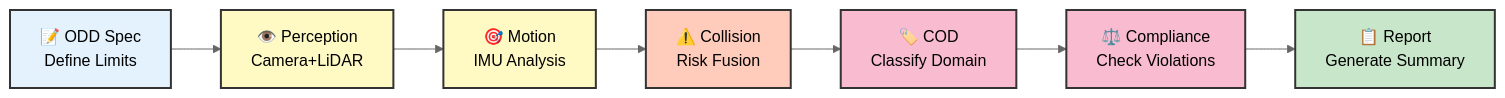
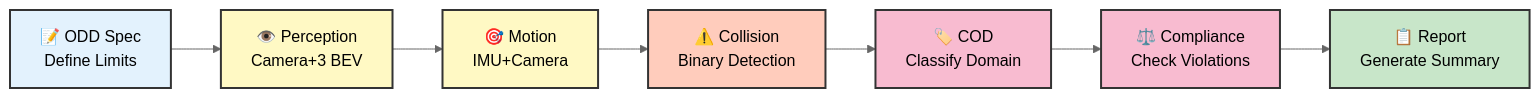
One commit to danmartinez78/go2-odd-observer changed the diagram in README.md. Above: the diagram before and after it, drawn with Mermaid (neutral theme). The commit also changed other lines of this file and 3 other files, not shown here.

````diff
--- a/README.md
+++ b/README.md
@@ -109,17 +109,17 @@
 ```mermaid
 graph LR
-    A[📝 ODD Spec<br/>Define Limits] --> B[👁️ Perception<br/>Camera+LiDAR]
-    B --> C[🎯 Motion<br/>IMU Analysis]
-    C --> D[⚠️ Collision<br/>Risk Fusion]
+    A[📝 ODD Spec<br/>Define Limits] --> B[👁️ Perception<br/>Camera+3 BEV]
+    B --> C[🎯 Motion<br/>IMU+Camera]
+    C --> D[⚠️ Collision<br/>Binary Detection]
     D --> E[🏷️ COD<br/>Classify Domain]
     E --> F[⚖️ Compliance<br/>Check Violations]
     F --> G[📋 Report<br/>Generate Summary]
     
     style A fill:#e3f2fd,stroke:#333,stroke-width:2px,color:#000
     style B fill:#fff9c4,stroke:#333,stroke-width:2px,color:#000
     style C fill:#fff9c4,stroke:#333,stroke-width:2px,color:#000
     style D fill:#ffccbc,stroke:#333,stroke-width:2px,color:#000
     style E fill:#f8bbd0,stroke:#333,stroke-width:2px,color:#000
     style F fill:#f8bbd0,stroke:#333,stroke-width:2px,color:#000
     style G fill:#c8e6c9,stroke:#333,stroke-width:2px,color:#000
 ```
````
